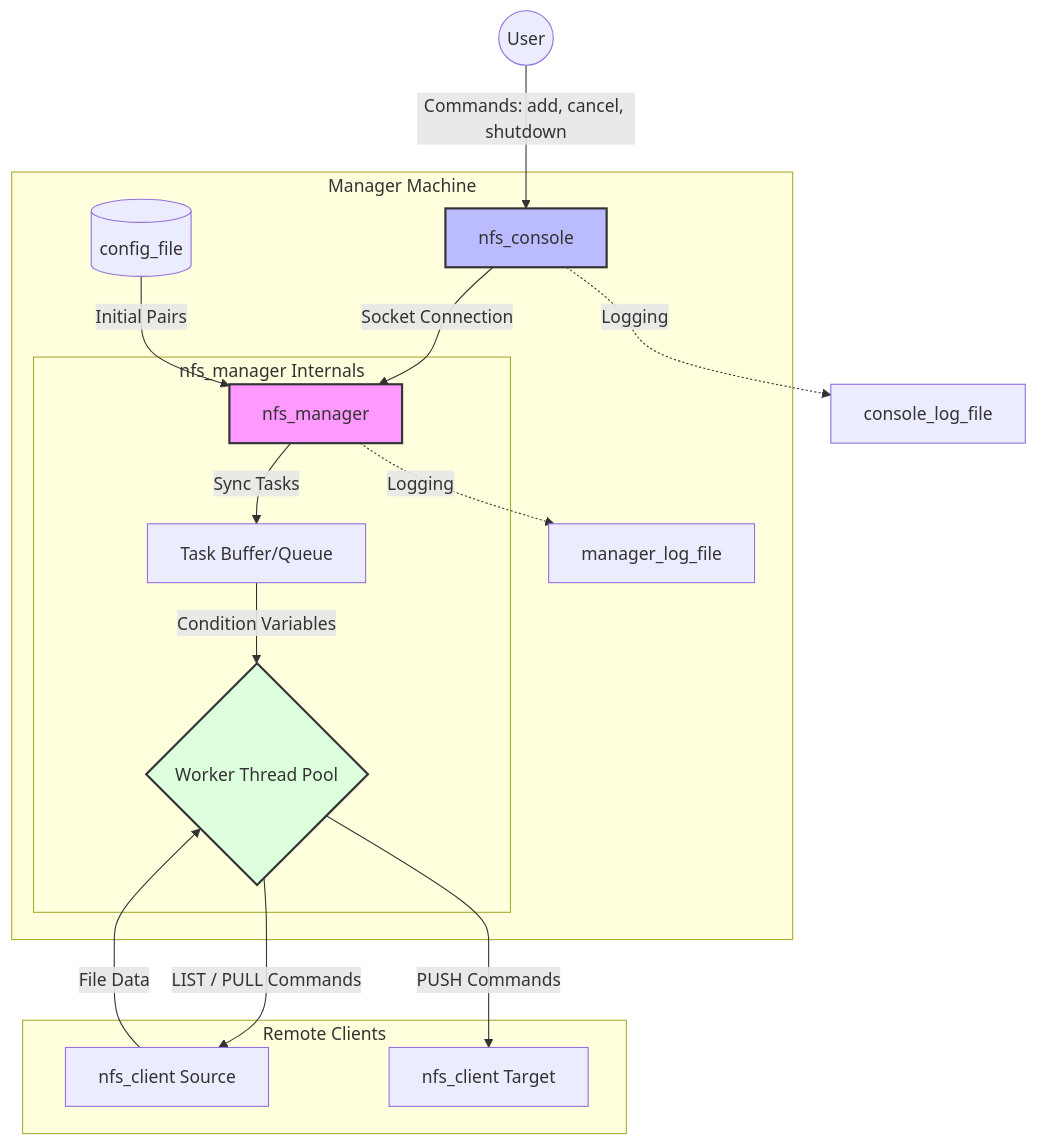
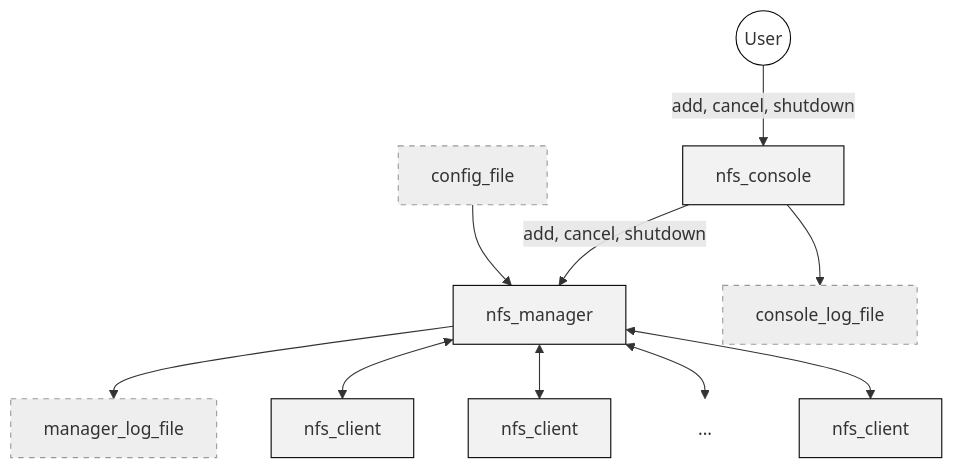
Before and after one commit to vtraik/NFS: the diagram in README2.md, drawn with Mermaid.

Commit message:
change rdm

````diff
--- a/README2.md
+++ b/README2.md
@@ -91,28 +91,27 @@
 ```mermaid
 graph TD
-    User((User)) -->|Commands: add, cancel, shutdown| Console[nfs_console]
+    User((User)) -->|add, cancel, shutdown| Console[nfs_console]
     
-    subgraph "Manager Machine"
-        Console -->|Socket Connection| Manager[nfs_manager]
-        Config[(config_file)] -->|Initial Pairs| Manager
-        Manager -.->|Logging| MLog[manager_log_file]
-        
-        subgraph "nfs_manager Internals"
-            Manager -->|Sync Tasks| Queue[Task Buffer/Queue]
-            Queue -->|Condition Variables| Workers{Worker Thread Pool}
-        end
-    end
+    Console -->|add, cancel, shutdown| Manager[nfs_manager]
+    Console --> ConsoleLog[console_log_file]
 
-    Console -.->|Logging| CLog[console_log_file]
+    Config[config_file] --> Manager
+    Manager --> ManagerLog[manager_log_file]
 
-    subgraph "Remote Clients"
-        Workers -->|LIST / PULL Commands| ClientSource[nfs_client Source]
-        Workers -->|PUSH Commands| ClientTarget[nfs_client Target]
-        
-        ClientSource -->|File Data| Workers
-    end
+    Manager <--> Client1[nfs_client]
+    Manager <--> Client2[nfs_client]
+    Manager <--> Client3[...]
+    Manager <--> Client4[nfs_client]
 
-    style Manager fill:#f9f,stroke:#333,stroke-width:2px
-    style Console fill:#bbf,stroke:#333,stroke-width:2px
-    style Workers fill:#dfd,stroke:#333,stroke-width:2px
+    %% Styling to match the visual look of the diagram
+    style User fill:#fff,stroke:#000
+    style Console fill:#f2f2f2,stroke:#000
+    style Manager fill:#f2f2f2,stroke:#000
+    style Client1 fill:#f2f2f2,stroke:#000
+    style Client2 fill:#f2f2f2,stroke:#000
+    style Client3 fill:none,stroke:none
+    style Client4 fill:#f2f2f2,stroke:#000
+    style ConsoleLog fill:#eee,stroke:#999,stroke-dasharray: 5 5
+    style ManagerLog fill:#eee,stroke:#999,stroke-dasharray: 5 5
+    style Config fill:#eee,stroke:#999,stroke-dasharray: 5 5
 ```
````
